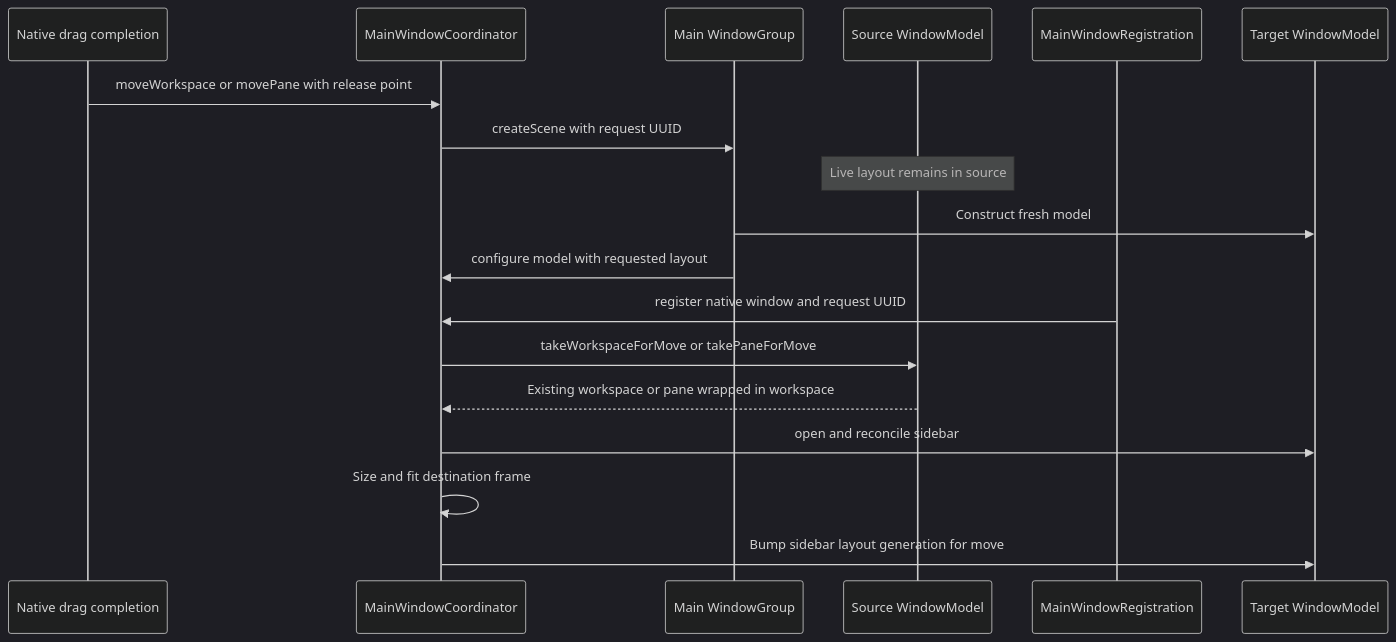
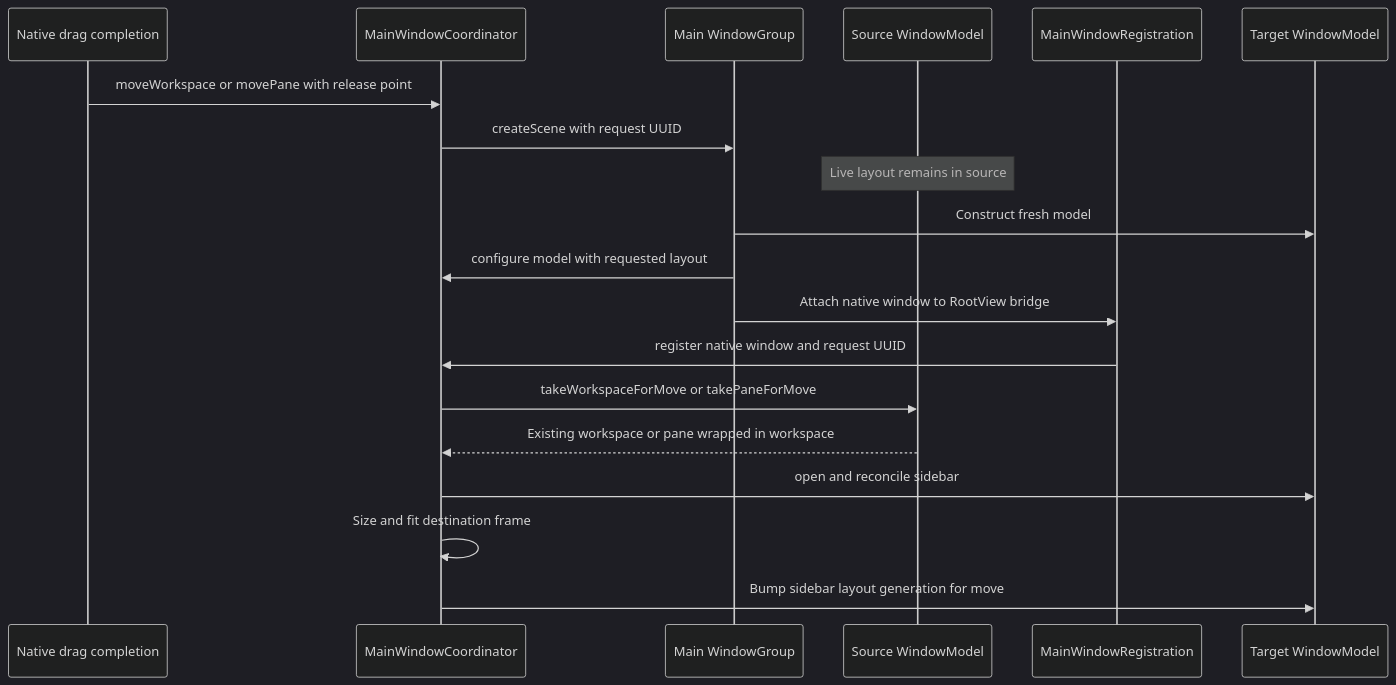
One commit to AkinoKaede/Termind changed the diagram in openwiki/workflows/desktop-drag-and-drop.md. Above: the diagram before and after it, drawn with Mermaid (dark theme). The commit also changed other lines of this file and 56 other files, not shown here.

````diff
--- a/openwiki/workflows/desktop-drag-and-drop.md
+++ b/openwiki/workflows/desktop-drag-and-drop.md
@@ -179,20 +181,21 @@
 ```mermaid
 sequenceDiagram
     participant Drag as Native drag completion
     participant Coordinator as MainWindowCoordinator
     participant Scene as Main WindowGroup
     participant Source as Source WindowModel
     participant Bridge as MainWindowRegistration
     participant Target as Target WindowModel
     Drag->>Coordinator: moveWorkspace or movePane with release point
     Coordinator->>Scene: createScene with request UUID
     Note over Source: Live layout remains in source
     Scene->>Target: Construct fresh model
     Scene->>Coordinator: configure model with requested layout
+    Scene->>Bridge: Attach native window to RootView bridge
     Bridge->>Coordinator: register native window and request UUID
     Coordinator->>Source: takeWorkspaceForMove or takePaneForMove
     Source-->>Coordinator: Existing workspace or pane wrapped in workspace
     Coordinator->>Target: open and reconcile sidebar
     Coordinator->>Coordinator: Size and fit destination frame
     Coordinator->>Target: Bump sidebar layout generation for move
 ```
````
